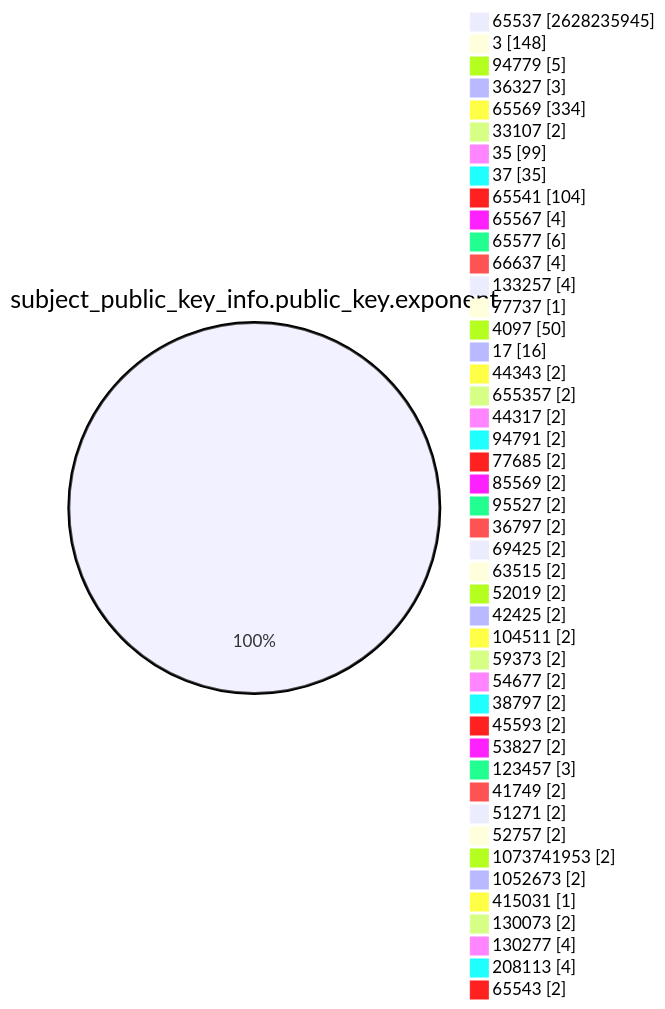
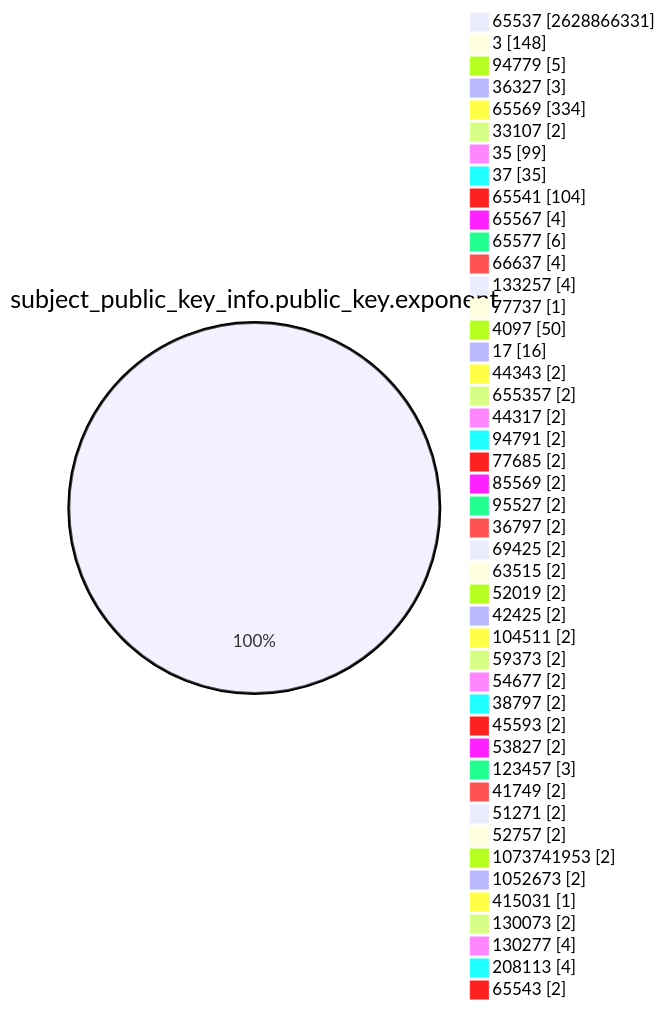
Before and after one commit to christiankrug/ctmonitor_visualization: the fourth of 15 diagrams in TOTAL/README.md, drawn with Mermaid. The commit also changed other lines of this file, not shown here.

````diff
--- a/TOTAL/README.md
+++ b/TOTAL/README.md
@@ -1467,49 +1467,49 @@
 ```mermaid
 pie showData
 title subject_public_key_info.public_key.exponent
-"65537" :2628235945
+"65537" :2628866331
 "3" :148
 "94779" :5
 "36327" :3
 "65569" :334
 "33107" :2
 "35" :99
 "37" :35
 "65541" :104
 "65567" :4
 "65577" :6
 "66637" :4
 "133257" :4
 "77737" :1
 "4097" :50
 "17" :16
 "44343" :2
 "655357" :2
 "44317" :2
 "94791" :2
 "77685" :2
 "85569" :2
 "95527" :2
 "36797" :2
 "69425" :2
 "63515" :2
 "52019" :2
 "42425" :2
 "104511" :2
 "59373" :2
 "54677" :2
 "38797" :2
 "45593" :2
 "53827" :2
 "123457" :3
 "41749" :2
 "51271" :2
 "52757" :2
 "1073741953" :2
 "1052673" :2
 "415031" :1
 "130073" :2
 "130277" :4
 "208113" :4
 "65543" :2
 ```
````
